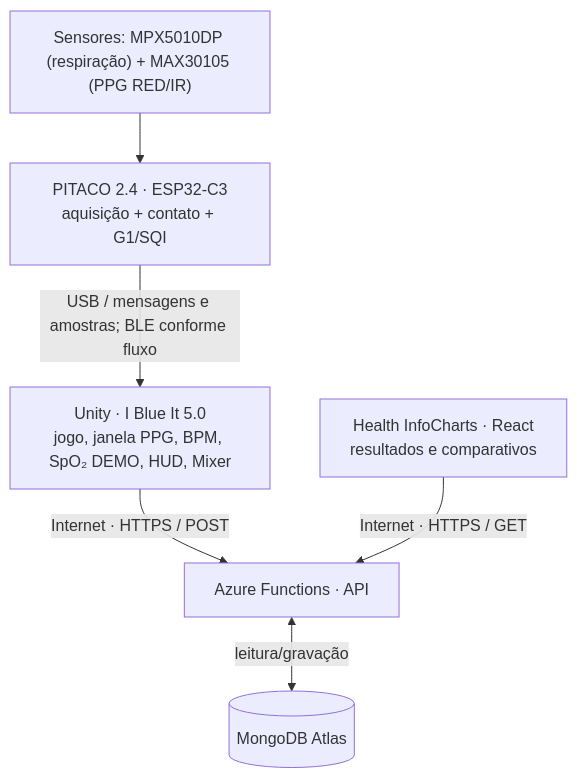
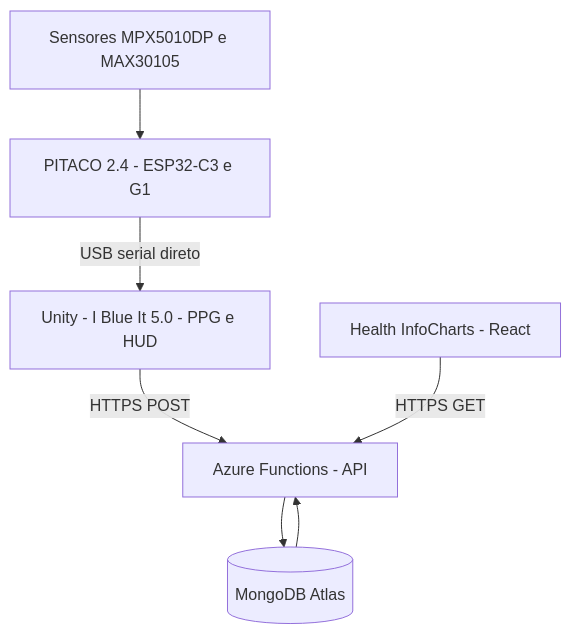
The diagram in README.md (PHV00/RFC-IBlueIt-Pitaco3.0-Multimodal), drawn with Mermaid before and after one commit. The commit also changed other lines of this file and 3 other files, not shown here.

Commit message:
docs: repair Mermaid rendering and clarify direct Unity USB connection

````diff
--- a/README.md
+++ b/README.md
@@ -35,8 +35,9 @@
-~~~mermaid
+```mermaid
 flowchart TD
-  S["Sensores: MPX5010DP (respiração) + MAX30105 (PPG RED/IR)"] --> F["PITACO 2.4 · ESP32-C3<br/>aquisição + contato + G1/SQI"]
-  F -->|"USB / mensagens e amostras; BLE conforme fluxo"| U["Unity · I Blue It 5.0<br/>jogo, janela PPG, BPM, SpO₂ DEMO, HUD, Mixer"]
-  U -->|"Internet · HTTPS / POST"| A["Azure Functions · API"]
-  A <-->|"leitura/gravação"| DB[("MongoDB Atlas")]
-  W["Health InfoCharts · React<br/>resultados e comparativos"] -->|"Internet · HTTPS / GET"| A
-~~~
+    S["Sensores MPX5010DP e MAX30105"] --> F["PITACO 2.4 - ESP32-C3 e G1"]
+    F -->|USB serial direto| U["Unity - I Blue It 5.0 - PPG e HUD"]
+    U -->|HTTPS POST| A["Azure Functions - API"]
+    A --> DB[(MongoDB Atlas)]
+    DB --> A
+    W["Health InfoCharts - React"] -->|HTTPS GET| A
+```
````
